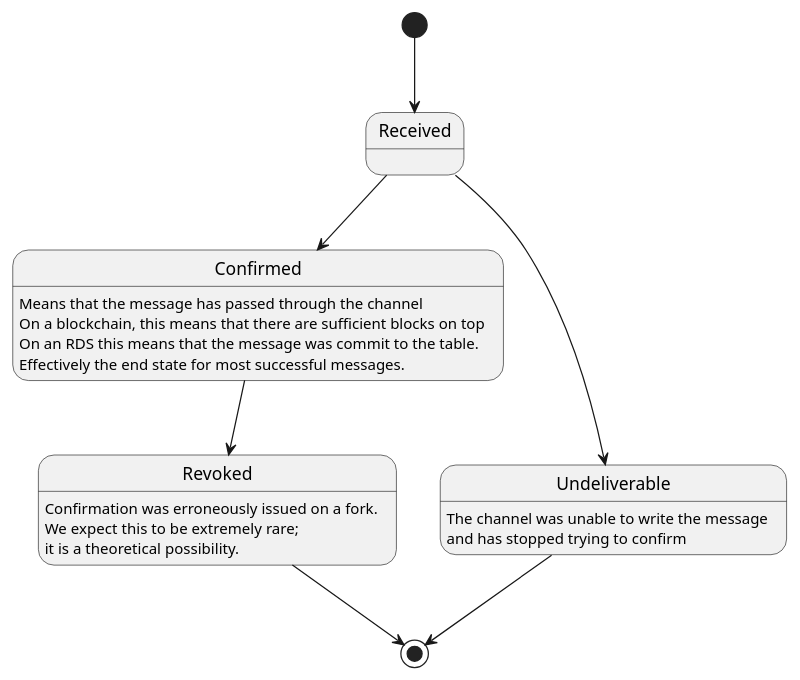
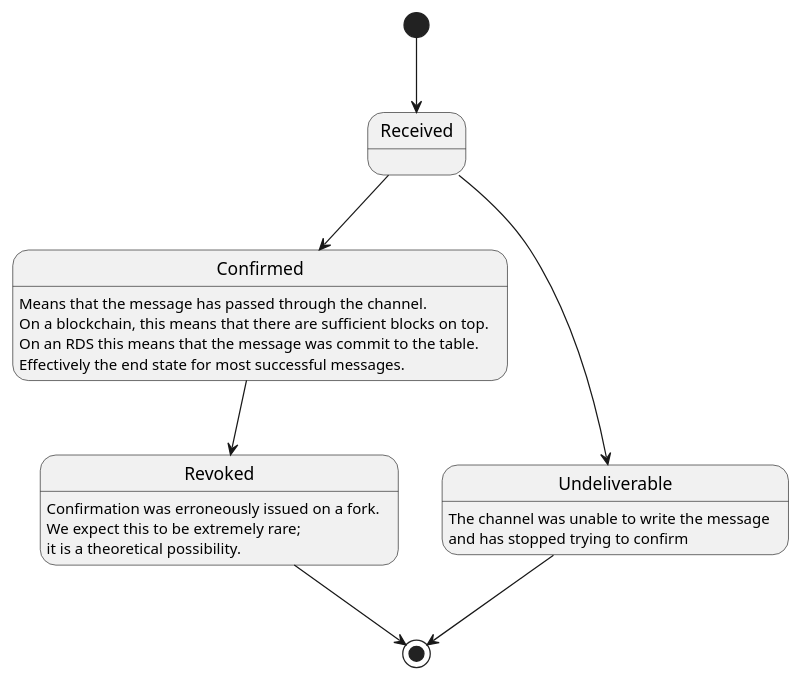
The tenth of 13 diagrams in docs/channels.rst (trustbridge/intergov), drawn with PlantUML before and after one commit. The commit also changed other lines of this file, not shown here.

Commit message:
More diagrams and discussion notes

```diff
--- a/docs/channels.rst
+++ b/docs/channels.rst
@@ -521,13 +673,13 @@
 .. uml::
 
    @startuml
    [*] --> Received
    Received --> Confirmed
-   Confirmed : Means that the message has passed through the channel\nOn a blockchain, this means that there are sufficient blocks on top\nOn an RDS this means that the message was commit to the table.\nEffectively the end state for most successful messages.
+   Confirmed : Means that the message has passed through the channel.\nOn a blockchain, this means that there are sufficient blocks on top.\nOn an RDS this means that the message was commit to the table.\nEffectively the end state for most successful messages.
    Received --> Undeliverable
    Undeliverable : The channel was unable to write the message\nand has stopped trying to confirm
    Confirmed --> Revoked
    Revoked : Confirmation was erroneously issued on a fork.\nWe expect this to be extremely rare; \nit is a theoretical possibility.
    Revoked --> [*]
    Undeliverable --> [*]
    @enduml
```
